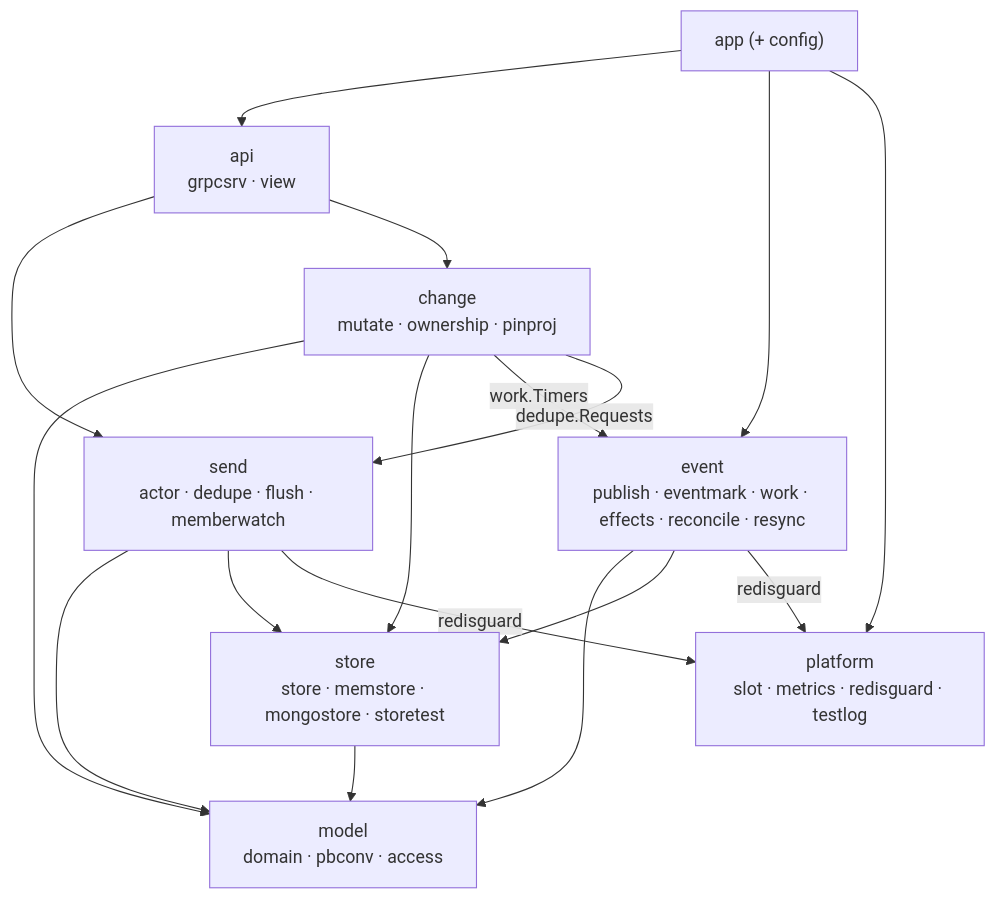
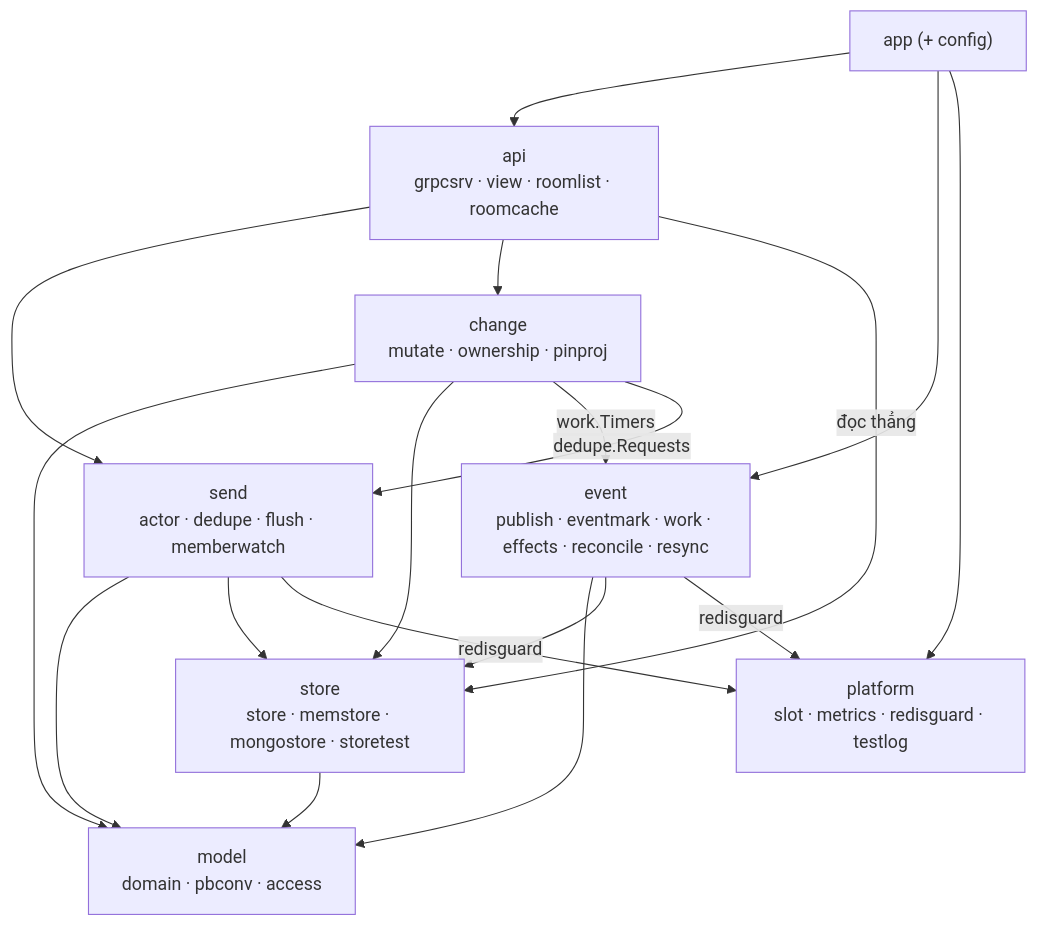
One commit to ivannguyendev/chatim changed the second of 6 diagrams in docs/designs/2026-10-04-chat-architecture-components.md. Above: the diagram before and after it, drawn with Mermaid. The commit also changed other lines of this file and 7 other files, not shown here.

````diff
--- a/docs/designs/2026-10-04-chat-architecture-components.md
+++ b/docs/designs/2026-10-04-chat-architecture-components.md
@@ -70,28 +70,29 @@
 ```mermaid
 flowchart TB
     app["app (+ config)"]
-    api["api<br/>grpcsrv · view"]
+    api["api<br/>grpcsrv · view · roomlist · roomcache"]
     send["send<br/>actor · dedupe · flush · memberwatch"]
     change["change<br/>mutate · ownership · pinproj"]
     event["event<br/>publish · eventmark · work · effects · reconcile · resync"]
     model["model<br/>domain · pbconv · access"]
     store["store<br/>store · memstore · mongostore · storetest"]
     platform["platform<br/>slot · metrics · redisguard · testlog"]
 
     app --> api
     app --> event
     app --> platform
     api --> send
     api --> change
+    api -->|đọc thẳng| store
     send --> model
     send --> store
     change --> model
     change --> store
     change -->|work.Timers| event
     change -->|dedupe.Requests| send
     event --> model
     event --> store
     send -->|redisguard| platform
     event -->|redisguard| platform
     store --> model
 ```
````
